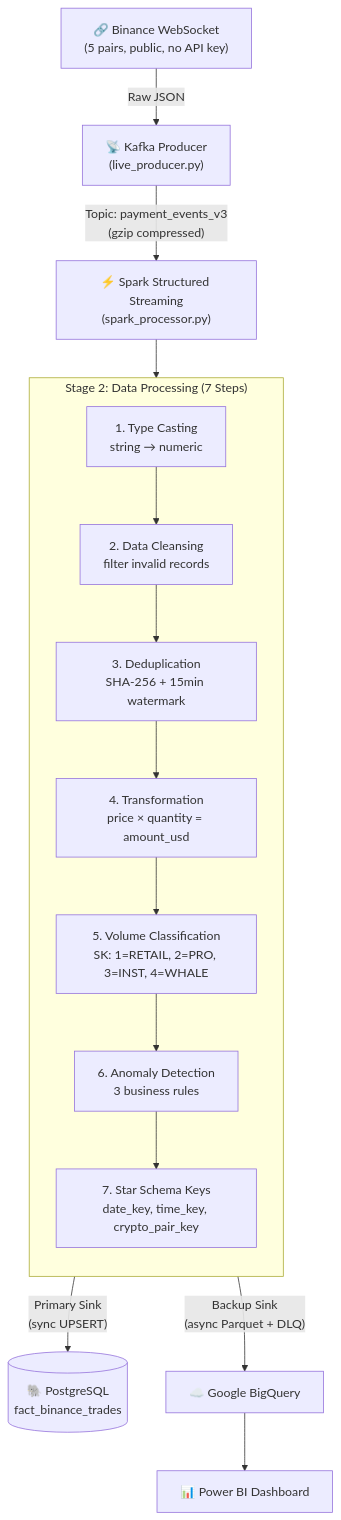
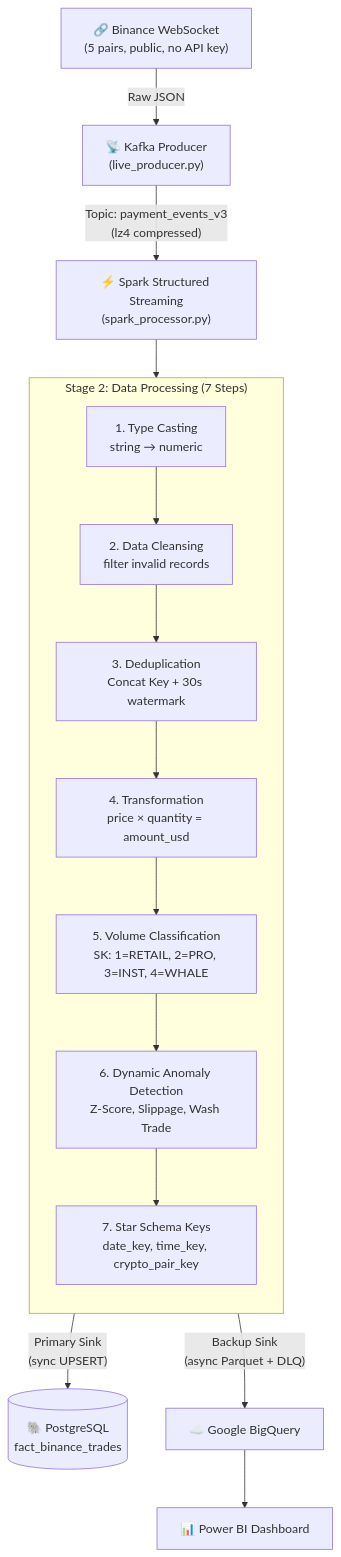
Before and after one commit to ToMoiChoi/PaySim-Kafka-Data-Ingestion-Pipeline: the first of 2 diagrams in README.md, drawn with Mermaid. The commit also changed other lines of this file and 8 other files, not shown here.

````diff
--- a/README.md
+++ b/README.md
@@ -9,21 +35,21 @@
 ```mermaid
 graph TD
     A["🔗 Binance WebSocket<br/>(5 pairs, public, no API key)"] -->|Raw JSON| B["📡 Kafka Producer<br/>(live_producer.py)"]
-    B -->|"Topic: payment_events_v3<br/>(gzip compressed)"| C["⚡ Spark Structured Streaming<br/>(spark_processor.py)"]
+    B -->|"Topic: payment_events_v3<br/>(lz4 compressed)"| C["⚡ Spark Structured Streaming<br/>(spark_processor.py)"]
 
     subgraph SPARK ["Stage 2: Data Processing (7 Steps)"]
         direction TB
         S1["1. Type Casting<br/>string → numeric"] --> S2["2. Data Cleansing<br/>filter invalid records"]
-        S2 --> S3["3. Deduplication<br/>SHA-256 + 15min watermark"]
+        S2 --> S3["3. Deduplication<br/>Concat Key + 30s watermark"]
         S3 --> S4["4. Transformation<br/>price × quantity = amount_usd"]
         S4 --> S5["5. Volume Classification<br/>SK: 1=RETAIL, 2=PRO, 3=INST, 4=WHALE"]
-        S5 --> S6["6. Anomaly Detection<br/>3 business rules"]
+        S5 --> S6["6. Dynamic Anomaly Detection<br/>Z-Score, Slippage, Wash Trade"]
         S6 --> S7["7. Star Schema Keys<br/>date_key, time_key, crypto_pair_key"]
     end
 
     C --> SPARK
 
     SPARK -->|"Primary Sink<br/>(sync UPSERT)"| E[("🐘 PostgreSQL<br/>fact_binance_trades")]
     SPARK -->|"Backup Sink<br/>(async Parquet + DLQ)"| F["☁️ Google BigQuery"]
     F --> G["📊 Power BI Dashboard"]
 ```
````
